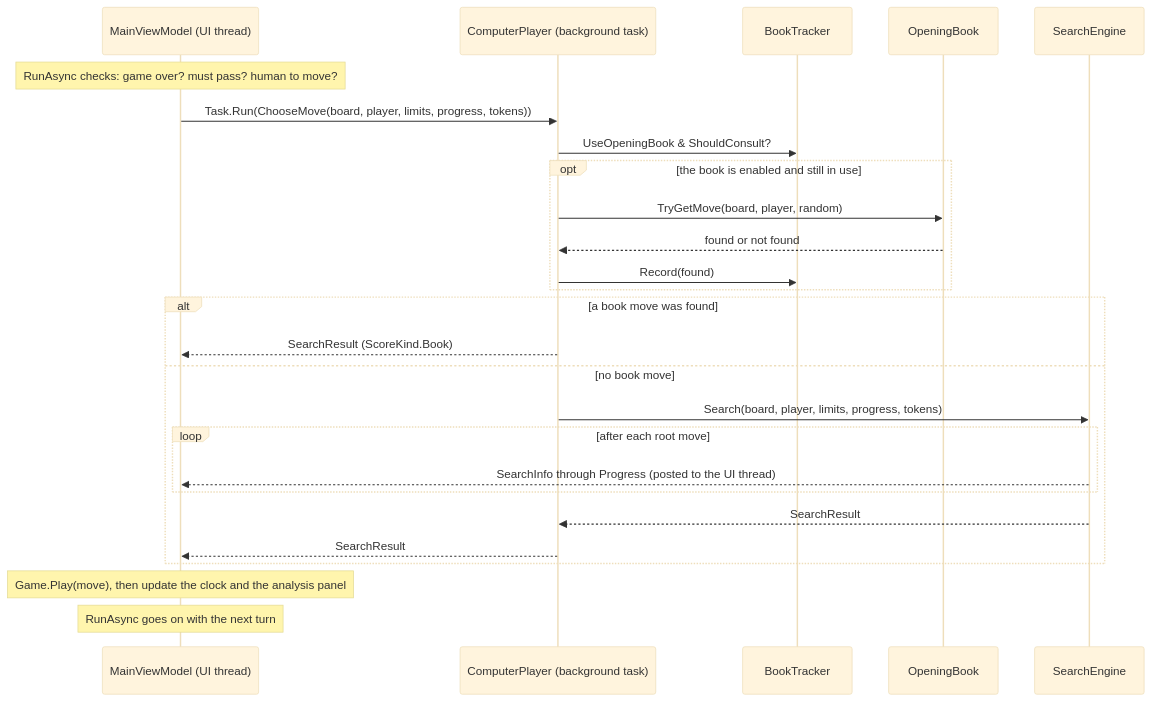
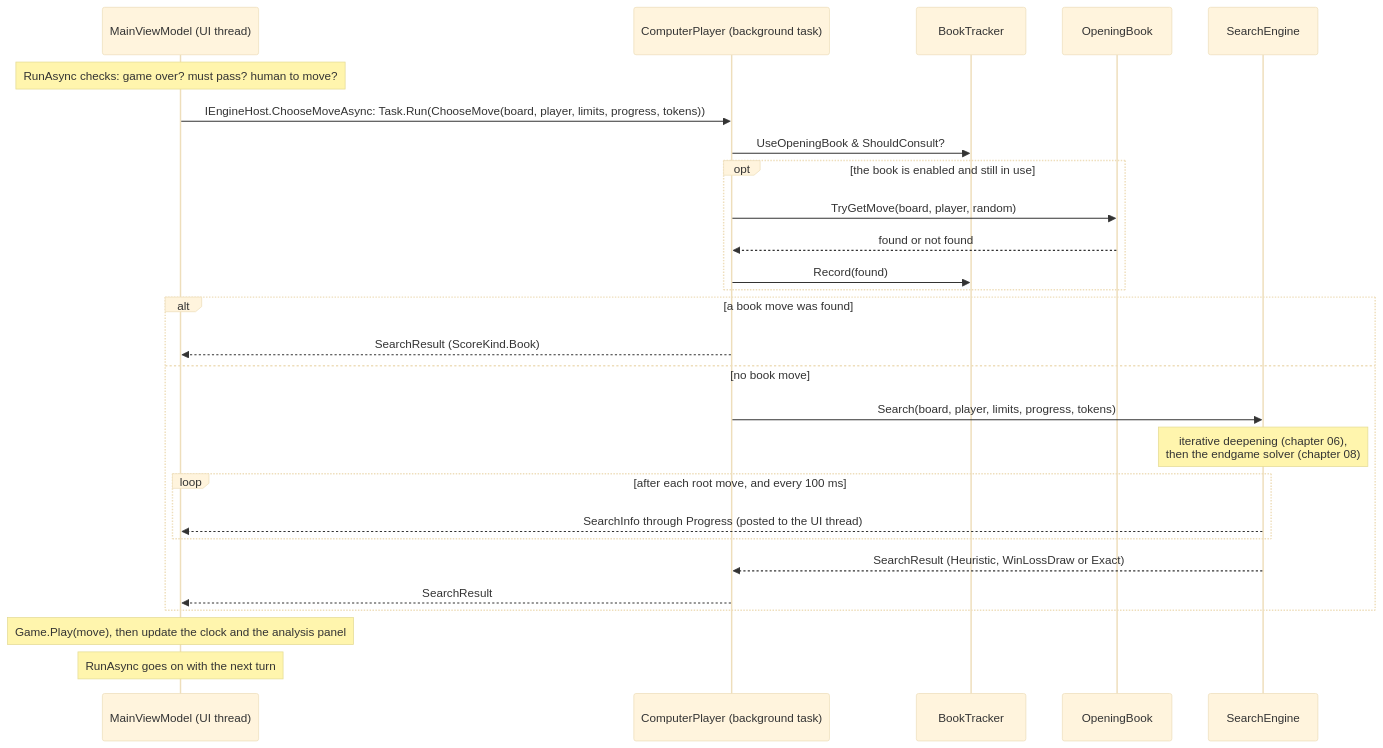
The fourth of 4 diagrams in docs/brain/01-overview.md (cjp-dev/Stello), drawn with Mermaid (base theme) before and after one commit. The commit also changed other lines of this file and 12 other files, not shown here.

````diff
--- a/docs/brain/01-overview.md
+++ b/docs/brain/01-overview.md
@@ -214,28 +220,29 @@
 ```mermaid
 sequenceDiagram
     participant VM as MainViewModel (UI thread)
     participant CP as ComputerPlayer (background task)
     participant BT as BookTracker
     participant OB as OpeningBook
     participant SE as SearchEngine
     Note over VM: RunAsync checks: game over? must pass? human to move?
-    VM->>CP: Task.Run(ChooseMove(board, player, limits, progress, tokens))
+    VM->>CP: IEngineHost.ChooseMoveAsync: Task.Run(ChooseMove(board, player, limits, progress, tokens))
     CP->>BT: UseOpeningBook & ShouldConsult?
     opt the book is enabled and still in use
         CP->>OB: TryGetMove(board, player, random)
         OB-->>CP: found or not found
         CP->>BT: Record(found)
     end
     alt a book move was found
         CP-->>VM: SearchResult (ScoreKind.Book)
     else no book move
         CP->>SE: Search(board, player, limits, progress, tokens)
-        loop after each root move
+        Note over SE: iterative deepening (chapter 06),<br/>then the endgame solver (chapter 08)
+        loop after each root move, and every 100 ms
             SE-->>VM: SearchInfo through Progress (posted to the UI thread)
         end
-        SE-->>CP: SearchResult
+        SE-->>CP: SearchResult (Heuristic, WinLossDraw or Exact)
         CP-->>VM: SearchResult
     end
     Note over VM: Game.Play(move), then update the clock and the analysis panel
     Note over VM: RunAsync goes on with the next turn
 ```
````
